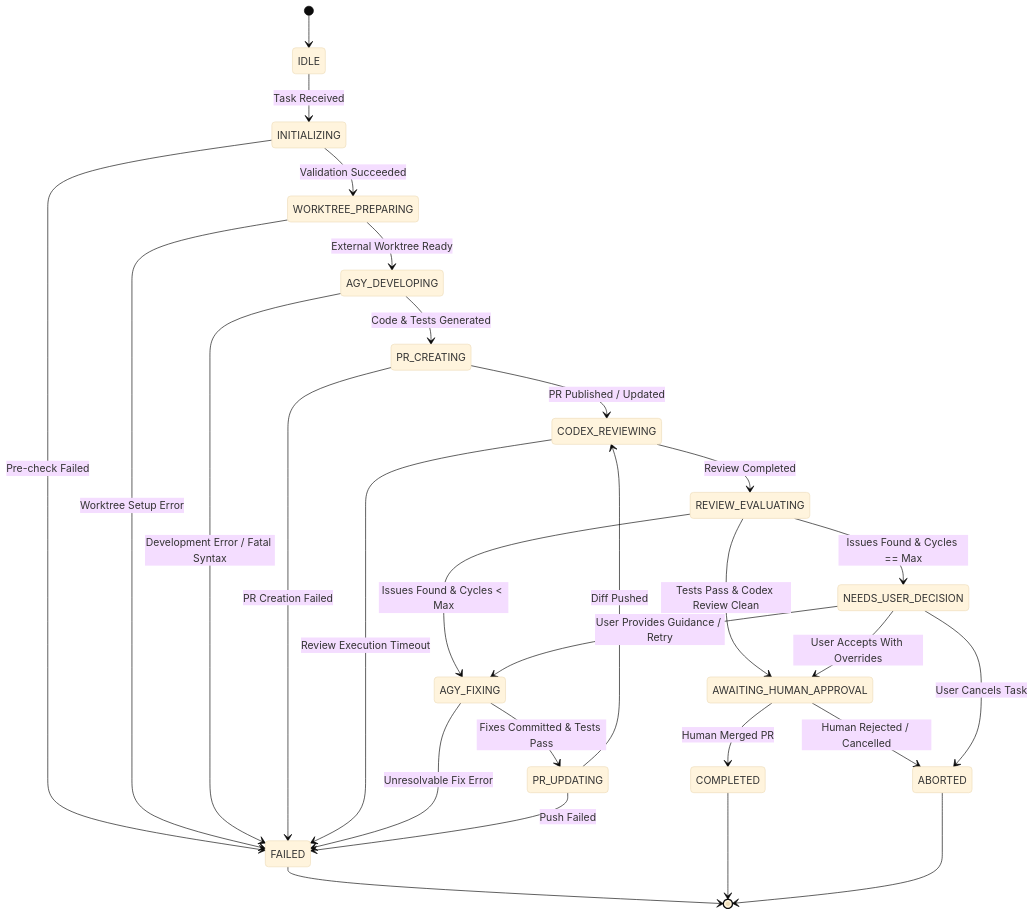
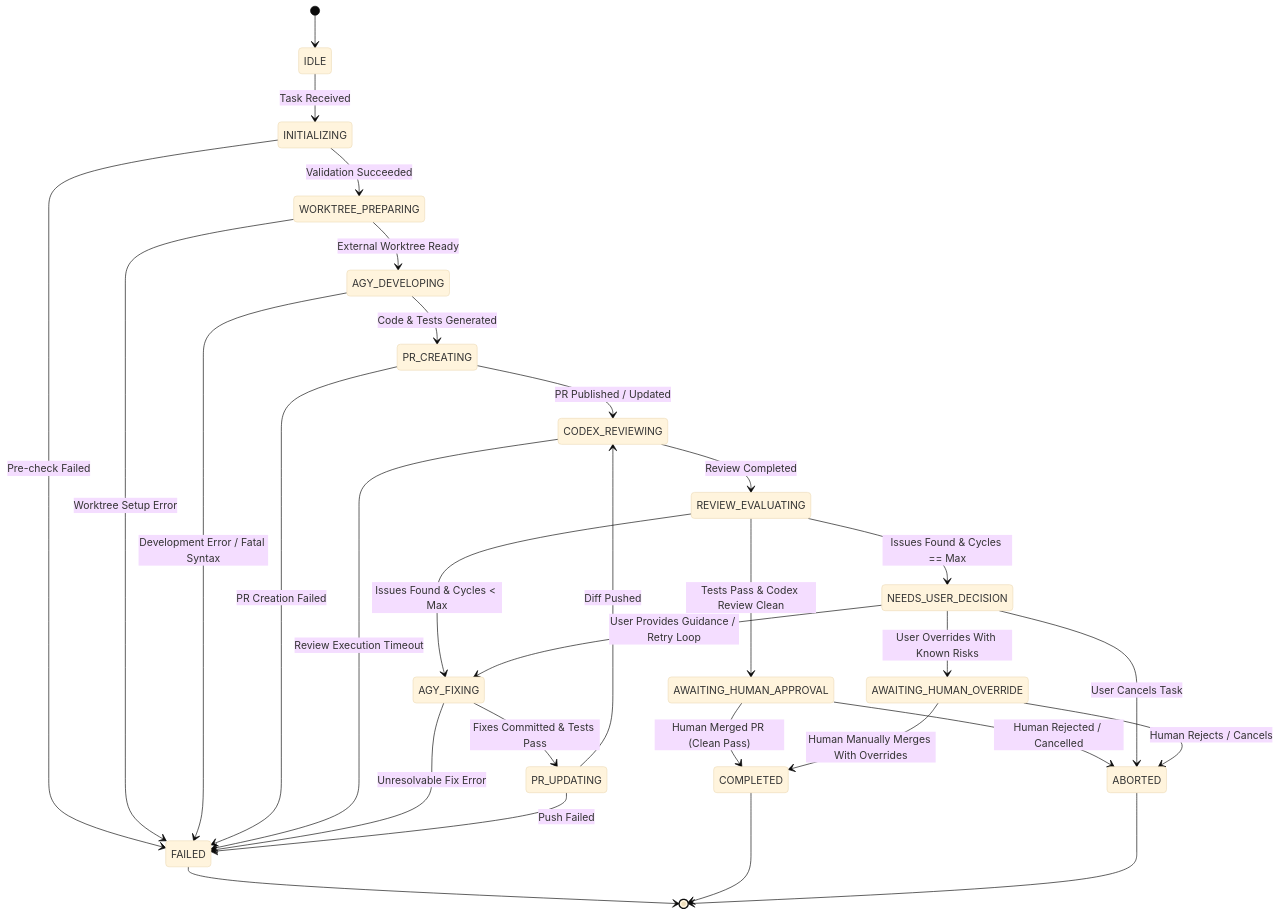
The diagram in docs/state-machine.md (echoleesong/codex-anti-orchestrator), drawn with Mermaid (base theme) before and after one commit. The commit also changed other lines of this file and 2 other files, not shown here.

Commit message:
docs: separate clean approval from AWAITING_HUMAN_OVERRIDE state

````diff
--- a/docs/state-machine.md
+++ b/docs/state-machine.md
@@ -11,40 +11,43 @@
 ```mermaid
 stateDiagram-v2
     [*] --> IDLE
     IDLE --> INITIALIZING: Task Received
     INITIALIZING --> WORKTREE_PREPARING: Validation Succeeded
     INITIALIZING --> FAILED: Pre-check Failed
 
     WORKTREE_PREPARING --> AGY_DEVELOPING: External Worktree Ready
     WORKTREE_PREPARING --> FAILED: Worktree Setup Error
 
     AGY_DEVELOPING --> PR_CREATING: Code & Tests Generated
     AGY_DEVELOPING --> FAILED: Development Error / Fatal Syntax
 
     PR_CREATING --> CODEX_REVIEWING: PR Published / Updated
     PR_CREATING --> FAILED: PR Creation Failed
 
     CODEX_REVIEWING --> REVIEW_EVALUATING: Review Completed
     CODEX_REVIEWING --> FAILED: Review Execution Timeout
 
     REVIEW_EVALUATING --> AWAITING_HUMAN_APPROVAL: Tests Pass & Codex Review Clean
     REVIEW_EVALUATING --> AGY_FIXING: Issues Found & Cycles < Max
     REVIEW_EVALUATING --> NEEDS_USER_DECISION: Issues Found & Cycles == Max
 
     AGY_FIXING --> PR_UPDATING: Fixes Committed & Tests Pass
     AGY_FIXING --> FAILED: Unresolvable Fix Error
 
     PR_UPDATING --> CODEX_REVIEWING: Diff Pushed
     PR_UPDATING --> FAILED: Push Failed
 
-    AWAITING_HUMAN_APPROVAL --> COMPLETED: Human Merged PR
+    AWAITING_HUMAN_APPROVAL --> COMPLETED: Human Merged PR (Clean Pass)
     AWAITING_HUMAN_APPROVAL --> ABORTED: Human Rejected / Cancelled
 
-    NEEDS_USER_DECISION --> AGY_FIXING: User Provides Guidance / Retry
-    NEEDS_USER_DECISION --> AWAITING_HUMAN_APPROVAL: User Accepts With Overrides
+    NEEDS_USER_DECISION --> AGY_FIXING: User Provides Guidance / Retry Loop
+    NEEDS_USER_DECISION --> AWAITING_HUMAN_OVERRIDE: User Overrides With Known Risks
     NEEDS_USER_DECISION --> ABORTED: User Cancels Task
+
+    AWAITING_HUMAN_OVERRIDE --> COMPLETED: Human Manually Merges With Overrides
+    AWAITING_HUMAN_OVERRIDE --> ABORTED: Human Rejects / Cancels
 
     FAILED --> [*]
     COMPLETED --> [*]
     ABORTED --> [*]
 ```
````
